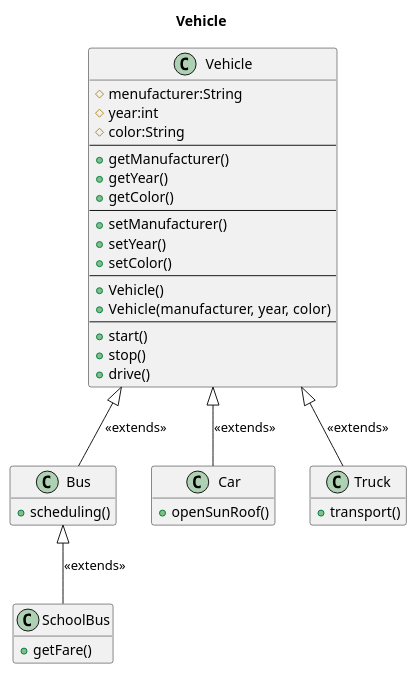
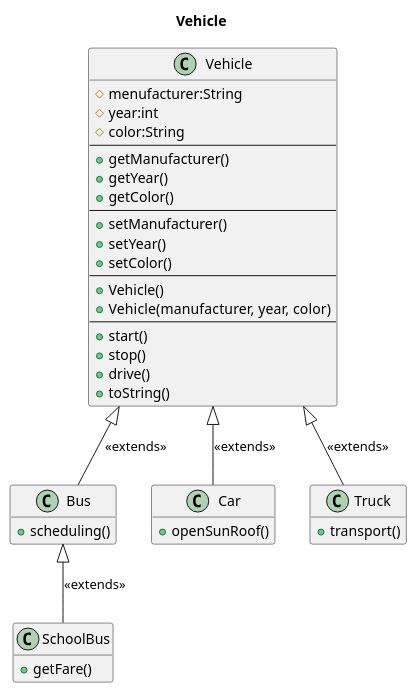
The diagram in UMLs/02_Inheritance.wsd (Nurettin-Kaplan/OOPExercises), drawn with PlantUML before and after one commit.

Commit message:
The UML was updated to include the  method in the base class.

```diff
--- a/UMLs/02_Inheritance.wsd
+++ b/UMLs/02_Inheritance.wsd
@@ -1,49 +1,50 @@
 @startuml Inheritance
 
 title Vehicle
 
 class Vehicle {
     #menufacturer:String
     #year:int
     #color:String
     ---
     +getManufacturer()
     +getYear()
     +getColor()
     ---
     +setManufacturer()
     +setYear()
     +setColor()
     ---
     +Vehicle()
     +Vehicle(manufacturer, year, color)
     ---
     +start()
     +stop()
     +drive()
+    +toString()
 }
 
 class Car {
     +openSunRoof()
 }
 
 class Truck {
     +transport()
 }
 
 class Bus{
     +scheduling()
 }
 
 class SchoolBus{
     +getFare()
 } 
 
 Bus -u-|> Vehicle : <<extends>>
 Truck -u-|> Vehicle : <<extends>>
 Car -u-|> Vehicle : <<extends>>
 SchoolBus -u-|> Bus : <<extends>>
 
 hide empty member
 
 @enduml
```
